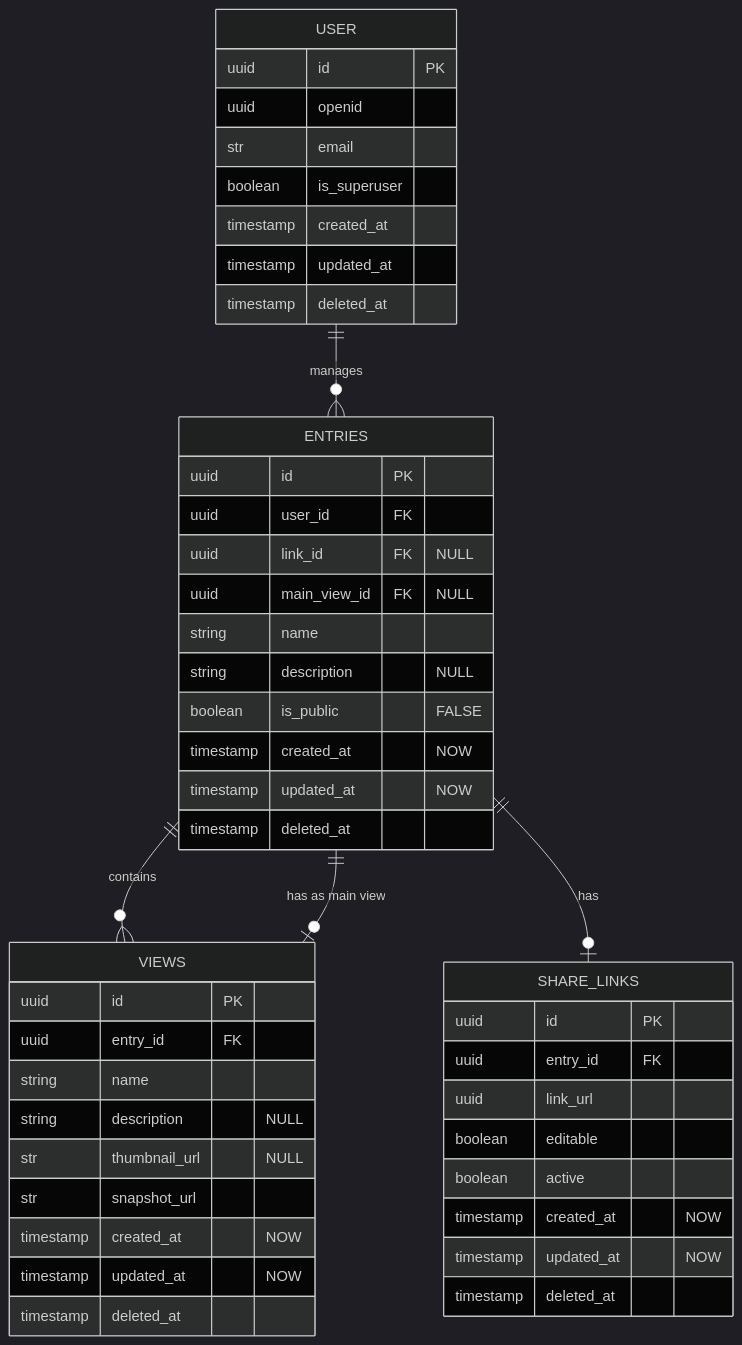
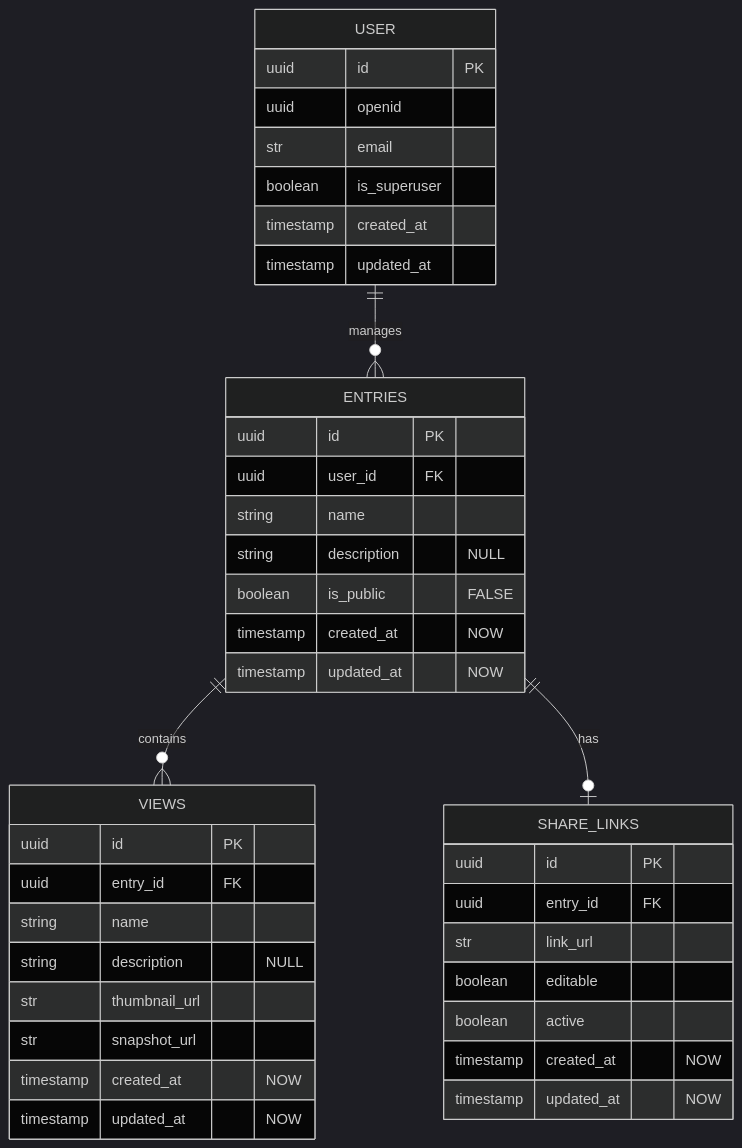
Before and after one commit to MergunFrimen/cellim-viewer: the diagram in docs/erd.mermaid, drawn with Mermaid (dark theme). The commit also changed 5 other files, not shown here.

```diff
--- a/docs/erd.mermaid
+++ b/docs/erd.mermaid
@@ -1,64 +1,57 @@
 erDiagram
 
     USER {
         uuid id PK
 
         uuid openid
         str email
         boolean is_superuser
 
         timestamp created_at
         timestamp updated_at
-        timestamp deleted_at
     }
 
     ENTRIES {
         uuid id PK
     
         uuid user_id FK
-        uuid link_id FK "NULL"
-        uuid main_view_id FK "NULL"
 
         string name
         string description "NULL"
         boolean is_public "FALSE"
 
         timestamp created_at "NOW"
         timestamp updated_at "NOW"
-        timestamp deleted_at
     }
     
     VIEWS {
         uuid id PK
 
         uuid entry_id FK
 
         string name
         string description "NULL"
-        str thumbnail_url "NULL"
+        str thumbnail_url
         str snapshot_url
 
         timestamp created_at "NOW"
         timestamp updated_at "NOW"
-        timestamp deleted_at
     }
 
     SHARE_LINKS {
         uuid id PK
 
         uuid entry_id FK
 
-        uuid link_url
+        str link_url
         boolean editable
         boolean active
 
         timestamp created_at "NOW"
         timestamp updated_at "NOW"
-        timestamp deleted_at
     }
 
                 
     USER ||--o{ ENTRIES : "manages"
     ENTRIES ||--o{ VIEWS : "contains"
-    ENTRIES ||--o| VIEWS : "has as main view"
     ENTRIES ||--o| SHARE_LINKS : "has"
```
